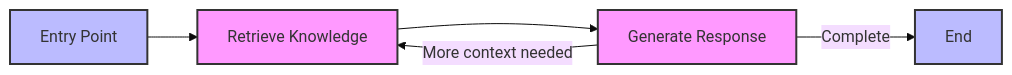
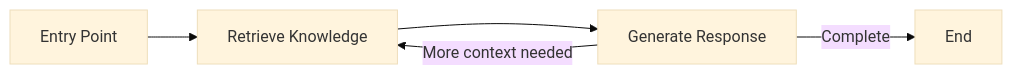
The first of 3 diagrams in docs/components/graph/index.md (inherent-design/atlas), drawn with Mermaid (base theme) before and after one commit. The commit also changed 11 other files, not shown here.

````diff
--- a/docs/components/graph/index.md
+++ b/docs/components/graph/index.md
@@ -18,12 +18,8 @@
 ```mermaid
 flowchart LR
     A[Entry Point] --> B[Retrieve Knowledge]
     B --> C[Generate Response]
     C -->|More context needed| B
     C -->|Complete| D[End]
 
-    classDef process fill:#f9f,stroke:#333,stroke-width:2px
-    classDef terminal fill:#bbf,stroke:#333,stroke-width:2px
-    class A,D terminal
-    class B,C process
 ```
````
